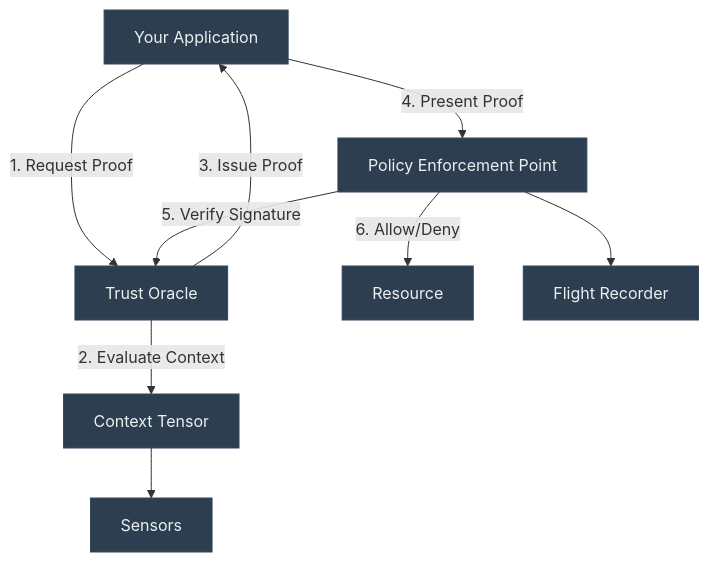
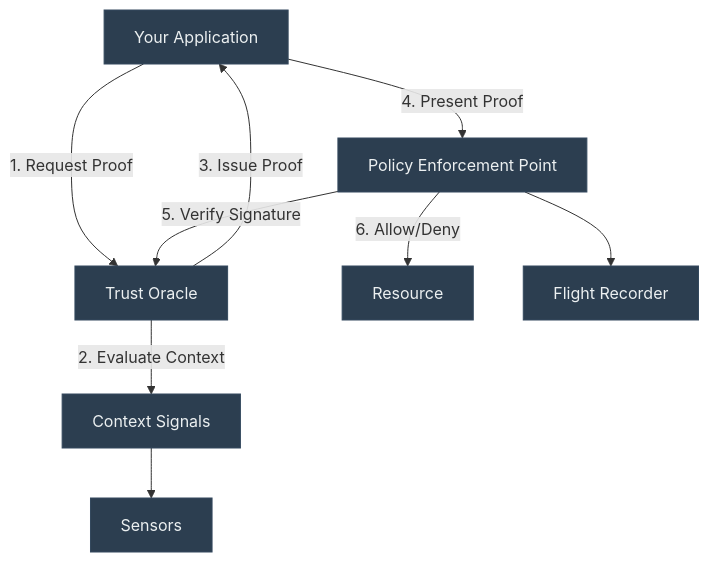
Before and after one commit to nmcitra/ktp-rfc: the diagram in docs/implement/index.md, drawn with Mermaid. The commit also changed other lines of this file and 212 other files, not shown here.

````diff
--- a/docs/implement/index.md
+++ b/docs/implement/index.md
@@ -123,27 +123,27 @@
 ```mermaid
 graph TD
     A[Your Application]
     O[Trust Oracle]
-    T[Context Tensor]
+    T[Context Signals]
     P[Policy Enforcement Point]
     R[Resource]
     S[Sensors]
     F[Flight Recorder]
     
     A -->|1. Request Proof| O
     O -->|2. Evaluate Context| T
     O -->|3. Issue Proof| A
     A -->|4. Present Proof| P
     P -->|5. Verify Signature| O
     P -->|6. Allow/Deny| R
     T --> S
     P --> F
     
     style A fill:#2c3e50,stroke:#34495e,color:#ecf0f1
     style O fill:#2c3e50,stroke:#34495e,color:#ecf0f1
     style T fill:#2c3e50,stroke:#34495e,color:#ecf0f1
     style P fill:#2c3e50,stroke:#34495e,color:#ecf0f1
     style R fill:#2c3e50,stroke:#34495e,color:#ecf0f1
     style S fill:#2c3e50,stroke:#34495e,color:#ecf0f1
     style F fill:#2c3e50,stroke:#34495e,color:#ecf0f1
 ```
````
